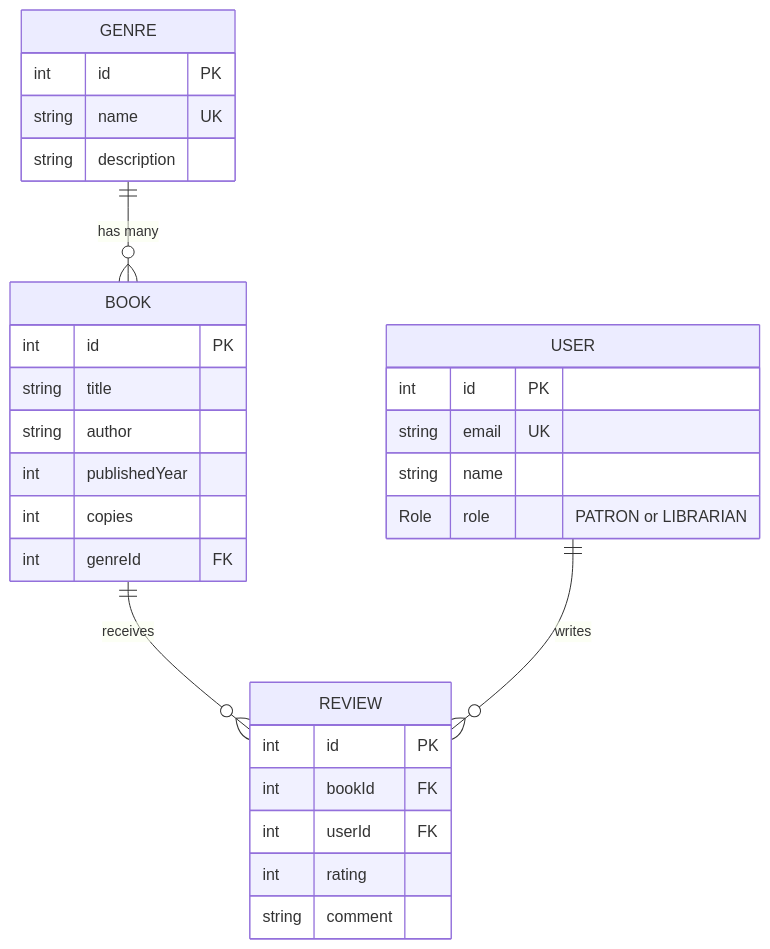
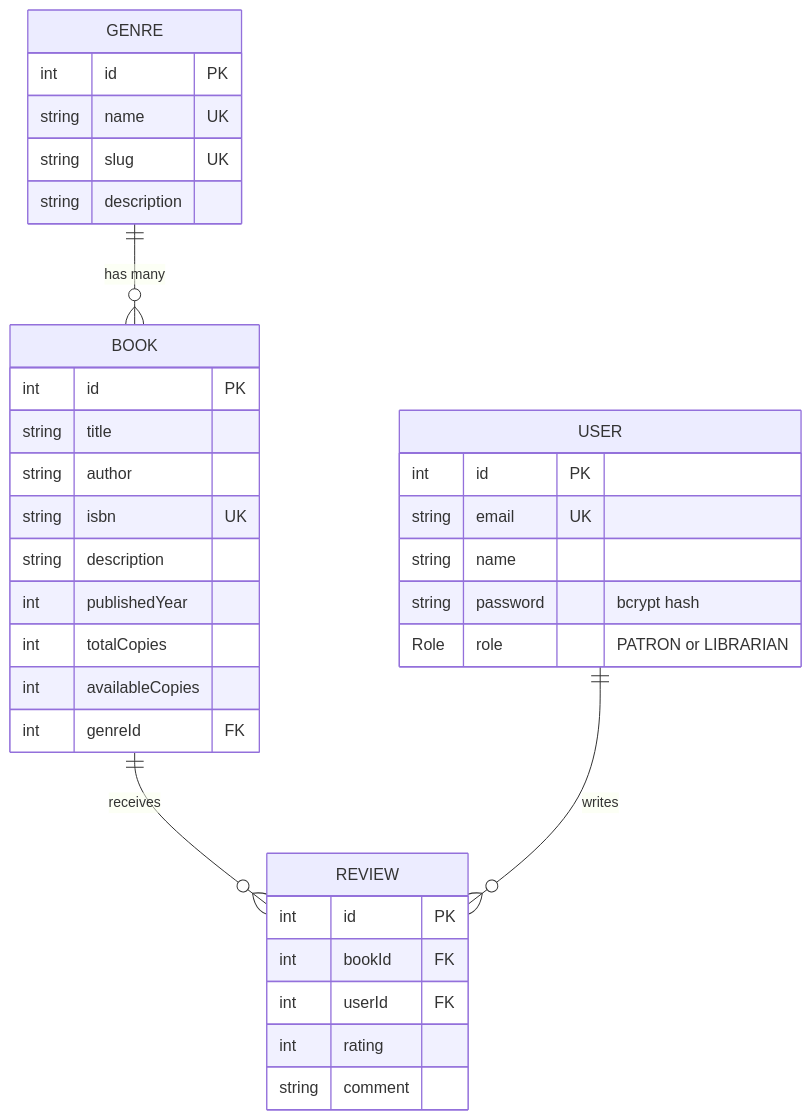
Before and after one commit to KV-unit/library-management-system: the diagram in README.md, drawn with Mermaid. The commit also changed other lines of this file, not shown here.

Commit message:
Document the API, authentication, authorization and schema changes in the README

````diff
--- a/README.md
+++ b/README.md
@@ -17,33 +22,38 @@
 ```mermaid
 erDiagram
     GENRE ||--o{ BOOK : "has many"
     BOOK ||--o{ REVIEW : "receives"
     USER ||--o{ REVIEW : "writes"
 
     USER {
         int id PK
         string email UK
         string name
+        string password "bcrypt hash"
         Role role "PATRON or LIBRARIAN"
     }
     GENRE {
         int id PK
         string name UK
+        string slug UK
         string description
     }
     BOOK {
         int id PK
         string title
         string author
+        string isbn UK
+        string description
         int publishedYear
-        int copies
+        int totalCopies
+        int availableCopies
         int genreId FK
     }
     REVIEW {
         int id PK
         int bookId FK
         int userId FK
         int rating
         string comment
     }
 ```
````
